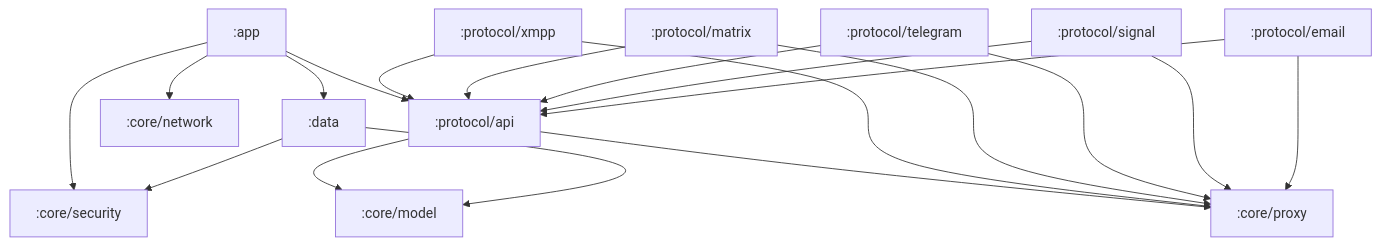
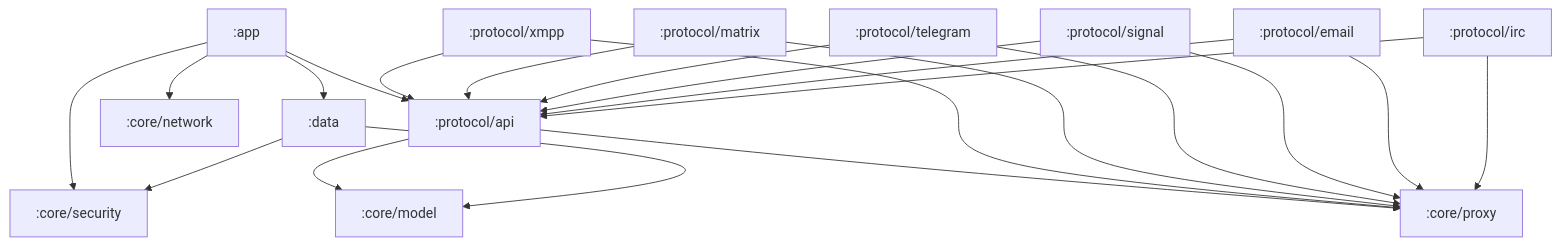
The diagram in docs/ARCHITECTURE.md (LTechnologies0/SecureMessenger), drawn with Mermaid before and after one commit. The commit also changed other lines of this file and 2 other files, not shown here.

First line of the commit message:
docs: cover Email/IRC in architecture and add docs/irc.md

````diff
--- a/docs/ARCHITECTURE.md
+++ b/docs/ARCHITECTURE.md
@@ -7,34 +7,37 @@
 ```mermaid
 flowchart TB
     APP[:app]
     DATA[:data]
     NET[:core/network]
     PROXY[:core/proxy]
     SEC[:core/security]
     MODEL[:core/model]
     PAPI[:protocol/api]
     XMPP[:protocol/xmpp]
     MATRIX[:protocol/matrix]
     TG[:protocol/telegram]
     SIGNAL[:protocol/signal]
     EMAIL[:protocol/email]
+    IRC[:protocol/irc]
 
     APP --> DATA
     APP --> PAPI
     APP --> NET
     APP --> SEC
     XMPP --> PAPI
     MATRIX --> PAPI
     TG --> PAPI
     SIGNAL --> PAPI
     EMAIL --> PAPI
+    IRC --> PAPI
     PAPI --> MODEL
     PAPI --> PROXY
     XMPP --> PROXY
     MATRIX --> PROXY
     TG --> PROXY
     SIGNAL --> PROXY
     EMAIL --> PROXY
+    IRC --> PROXY
     DATA --> SEC
     DATA --> MODEL
 ```
````
